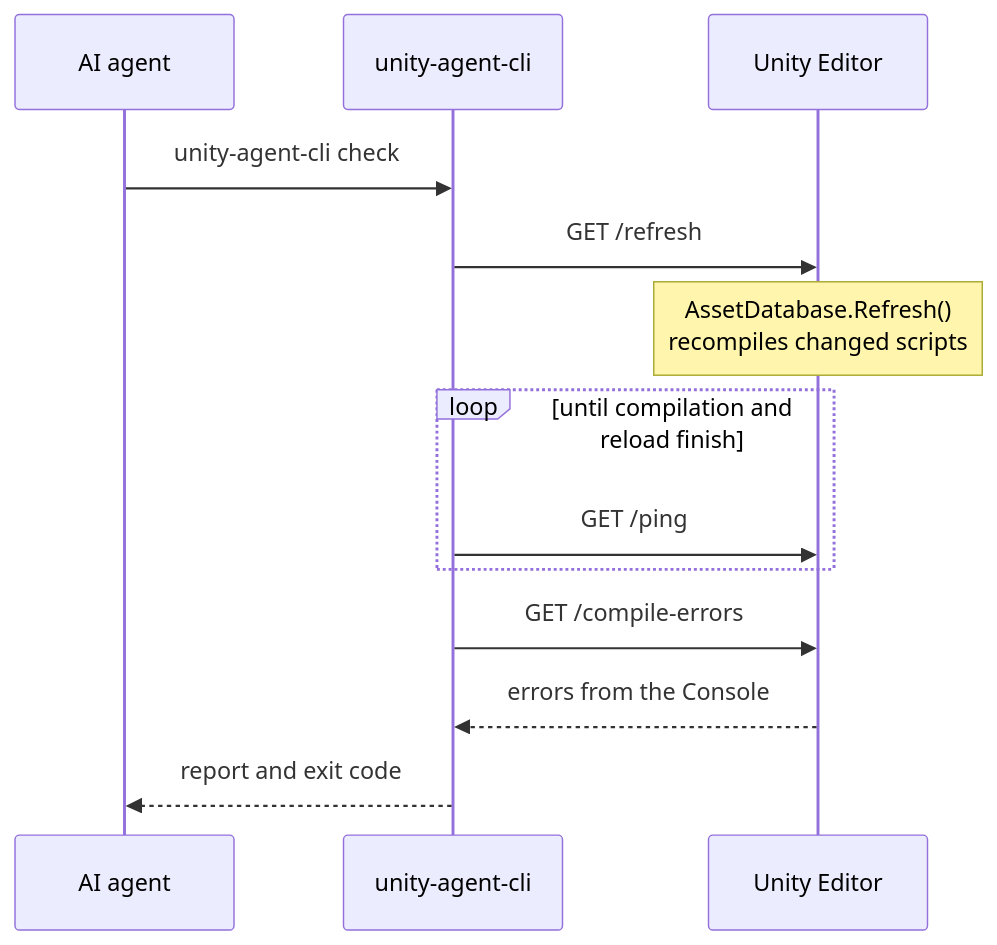
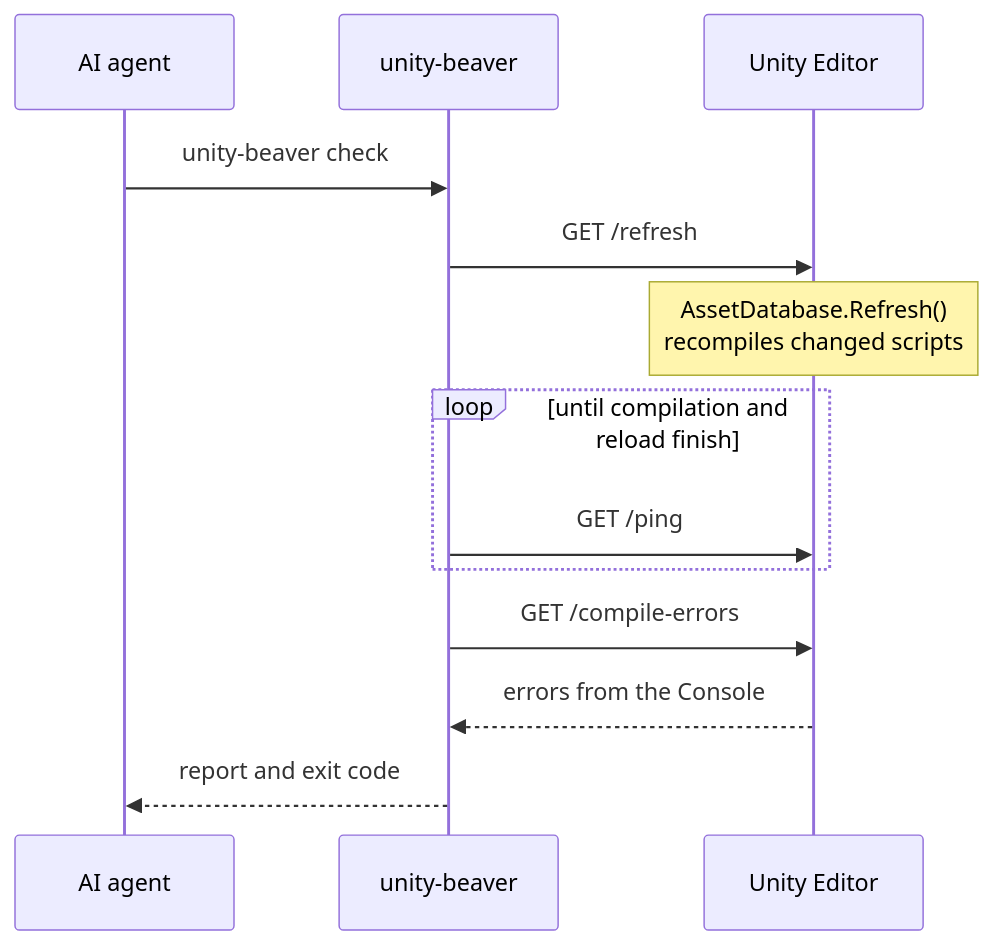
One commit to ruizhengu/unity-beaver changed the diagram in README.md. Above: the diagram before and after it, drawn with Mermaid. The commit also changed other lines of this file and 24 other files, not shown here.

First line of the commit message:
Rename to Unity Beaver

````diff
--- a/README.md
+++ b/README.md
@@ -121,15 +122,15 @@
 ```mermaid
 sequenceDiagram
     participant Agent as AI agent
-    participant CLI as unity-agent-cli
+    participant CLI as unity-beaver
     participant Unity as Unity Editor
-    Agent->>CLI: unity-agent-cli check
+    Agent->>CLI: unity-beaver check
     CLI->>Unity: GET /refresh
     Note over Unity: AssetDatabase.Refresh()<br/>recompiles changed scripts
     loop until compilation and reload finish
         CLI->>Unity: GET /ping
     end
     CLI->>Unity: GET /compile-errors
     Unity-->>CLI: errors from the Console
     CLI-->>Agent: report and exit code
 ```
````
